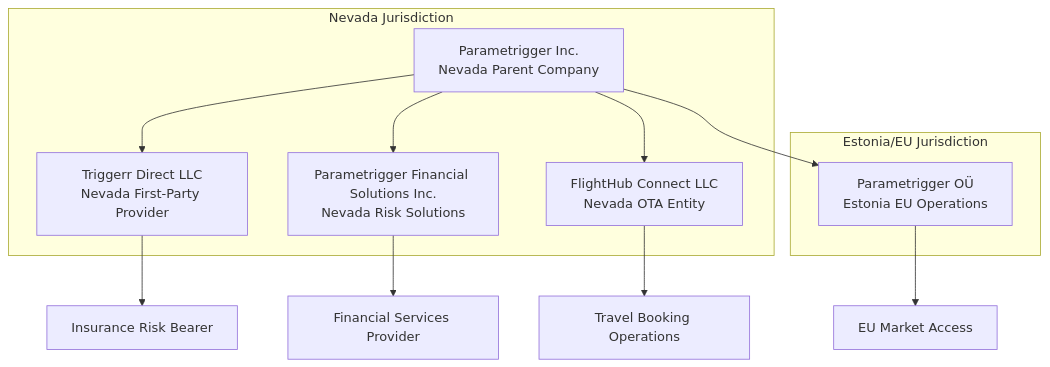
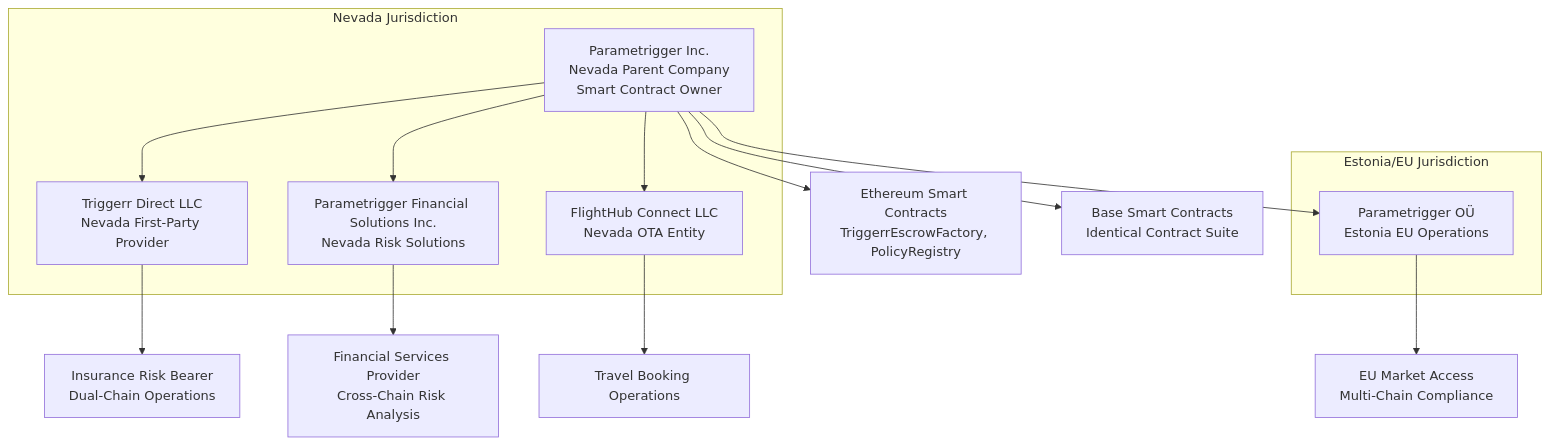
Before and after one commit to e3o8o/triggerr: the first of 11 diagrams in docs/04_compliance/LEGAL_REFERENCE.md, drawn with Mermaid. The commit also changed other lines of this file and 22 other files, not shown here.

First line of the commit message:
feat(architecture): Complete dual-chain smart contract pivot & AI agent strategy alignment

````diff
--- a/docs/04_compliance/LEGAL_REFERENCE.md
+++ b/docs/04_compliance/LEGAL_REFERENCE.md
@@ -28,23 +28,25 @@
 ```mermaid
 graph TD
-    A[Parametrigger Inc.<br/>Nevada Parent Company] --> B[Triggerr Direct LLC<br/>Nevada First-Party Provider]
+    A[Parametrigger Inc.<br/>Nevada Parent Company<br/>Smart Contract Owner] --> B[Triggerr Direct LLC<br/>Nevada First-Party Provider]
     A --> C[Parametrigger Financial Solutions Inc.<br/>Nevada Risk Solutions]
     A --> D[FlightHub Connect LLC<br/>Nevada OTA Entity]
     A --> E[Parametrigger OÜ<br/>Estonia EU Operations]
     
-    B --> B1[Insurance Risk Bearer]
-    C --> C1[Financial Services Provider]
+    B --> B1[Insurance Risk Bearer<br/>Dual-Chain Operations]
+    C --> C1[Financial Services Provider<br/>Cross-Chain Risk Analysis]
     D --> D1[Travel Booking Operations]
-    E --> E1[EU Market Access]
+    E --> E1[EU Market Access<br/>Multi-Chain Compliance]
+    A --> A1[Ethereum Smart Contracts<br/>TriggerrEscrowFactory, PolicyRegistry]
+    A --> A2[Base Smart Contracts<br/>Identical Contract Suite]
     
     subgraph "Nevada Jurisdiction"
         A
         B
         C
         D
     end
     
     subgraph "Estonia/EU Jurisdiction"
         E
     end
 ```
````
